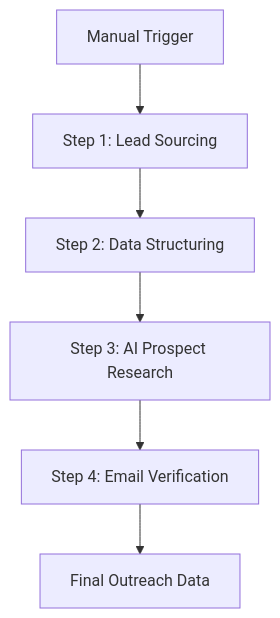
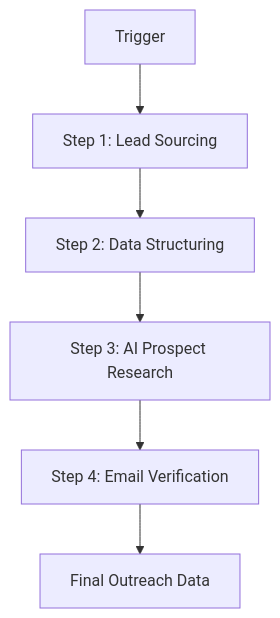
Before and after one commit to sah-automation/sah-automation: the second of 3 diagrams in README.md, drawn with Mermaid.

````diff
--- a/README.md
+++ b/README.md
@@ -56,8 +56,8 @@
 ```mermaid
 graph TD
-    A[Manual Trigger] --> B[Step 1: Lead Sourcing]
+    A[Trigger] --> B[Step 1: Lead Sourcing]
     B --> C[Step 2: Data Structuring]
     C --> D[Step 3: AI Prospect Research]
     D --> E[Step 4: Email Verification]
     E --> F[Final Outreach Data]
 ```
````
